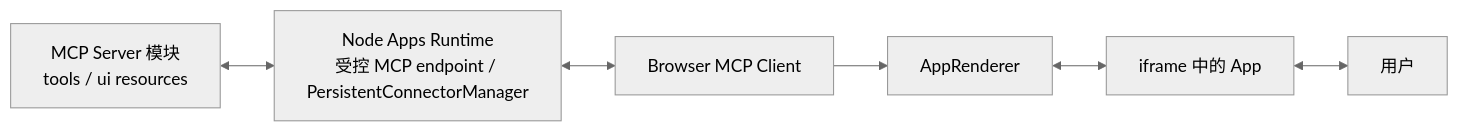
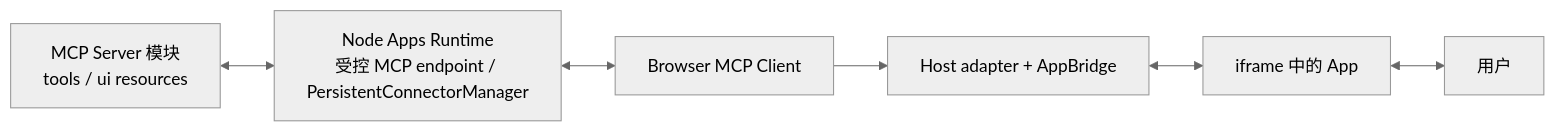
One commit to glide-the/im-dream changed the first of 2 diagrams in docs/design/claude-agent/mcp-apps-client-host-communication.md. Above: the diagram before and after it, drawn with Mermaid (neutral theme). The commit also changed other lines of this file and 813 other files, not shown here.

Commit message:
feat(mcp-apps): integrate governed host and consolidate frontend app

````diff
--- a/docs/design/claude-agent/mcp-apps-client-host-communication.md
+++ b/docs/design/claude-agent/mcp-apps-client-host-communication.md
@@ -56,8 +58,8 @@
 ```mermaid
 flowchart LR
     S["MCP Server 模块<br/>tools / ui resources"] <--> N["Node Apps Runtime<br/>受控 MCP endpoint / PersistentConnectorManager"]
     N <--> C["Browser MCP Client"]
-    C --> R["AppRenderer"]
+    C --> R["Host adapter + AppBridge"]
     R <--> V["iframe 中的 App"]
     V <--> U["用户"]
 ```
````
